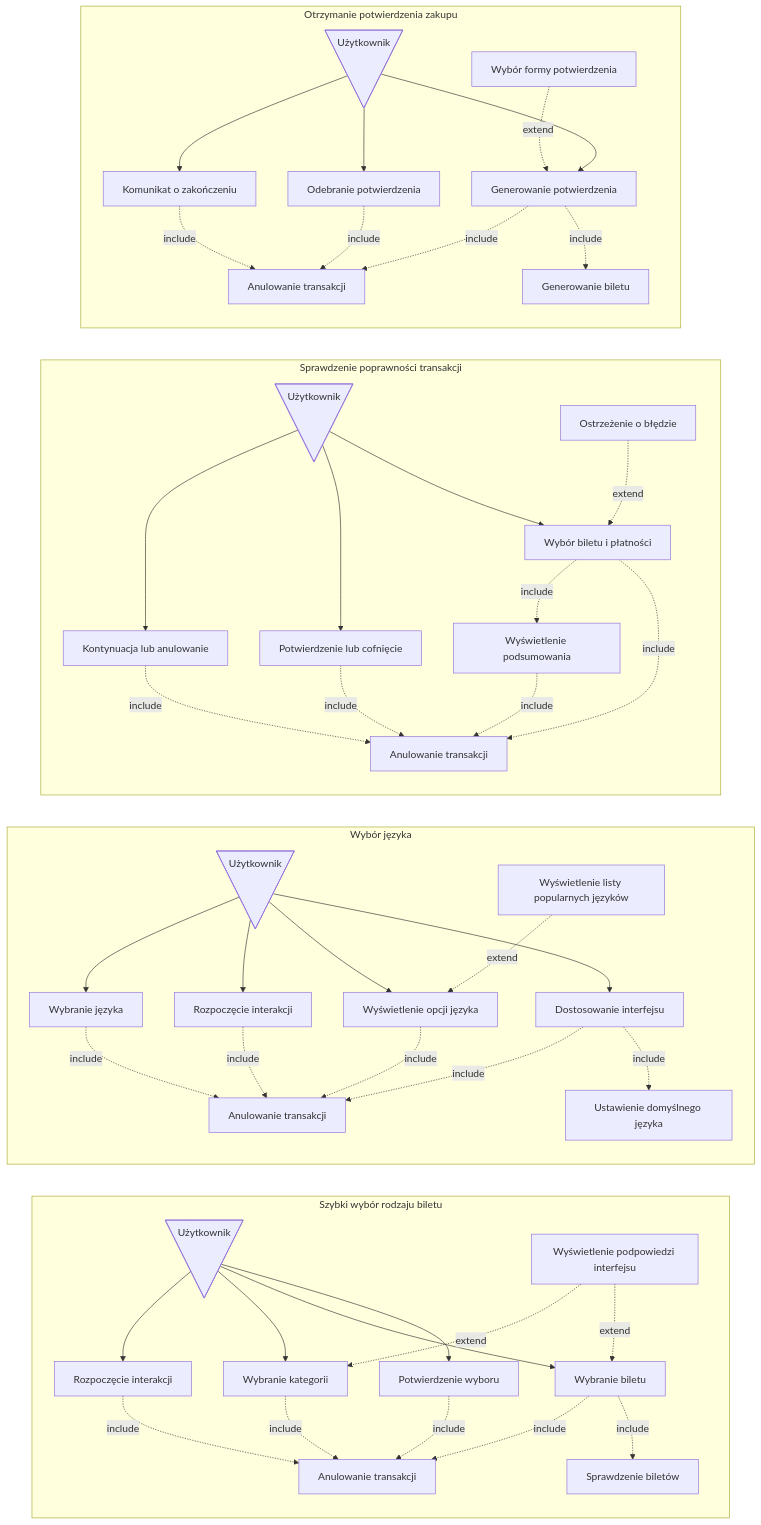
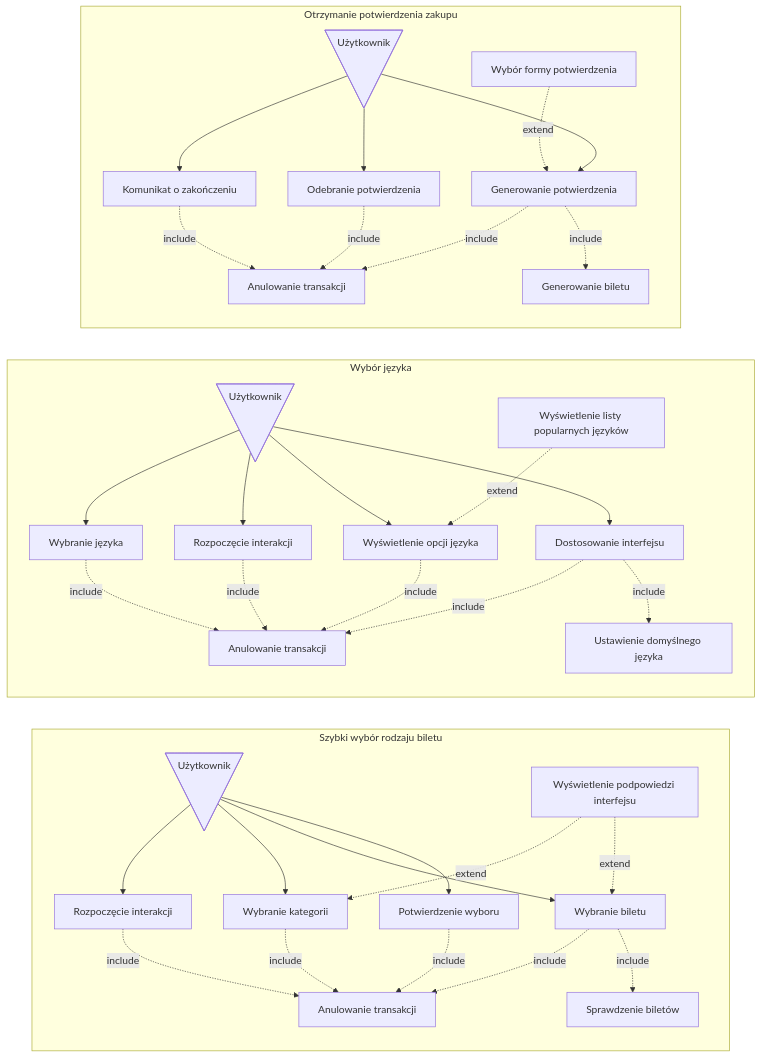
The first of 3 diagrams in userstories/user.md (MarcinMarszewski/dowolna_nazwa), drawn with Mermaid before and after one commit. The commit also changed other lines of this file, not shown here.

```diff
--- a/userstories/user.md
+++ b/userstories/user.md
@@ -57,26 +57,6 @@
   id2222-. include .-> id6
   id8-. extend .-> id222
 end
-subgraph "Sprawdzenie poprawności transakcji"
-  C@{ shape: manual-file, label: "Użytkownik" }
-  uc1[Wybór biletu i płatności]
-  uc2[Wyświetlenie podsumowania]
-  uc3[Potwierdzenie lub cofnięcie]
-  uc4[Kontynuacja lub anulowanie]
-  uc5[Anulowanie transakcji]
-  uc7[Ostrzeżenie o błędzie]
-
-  C --> uc1
-  C --> uc3
-  C --> uc4
-  uc1-. include .-> uc5
-  uc2-. include .-> uc5
-  uc3-. include .-> uc5
-  uc4-. include .-> uc5
-  uc1-. include .-> uc2
-  uc7-. extend .-> uc1
-  
-  end
 
   subgraph "Otrzymanie potwierdzenia zakupu"
   D@{ shape: manual-file, label: "Użytkownik" }
```
